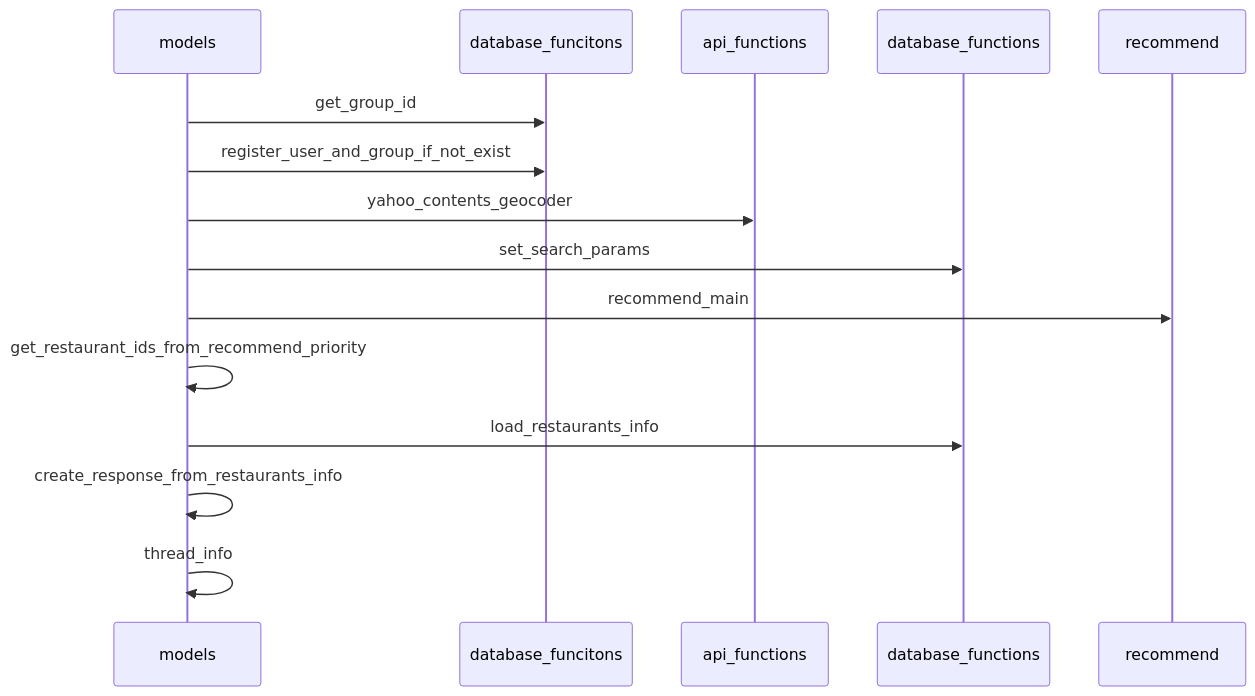
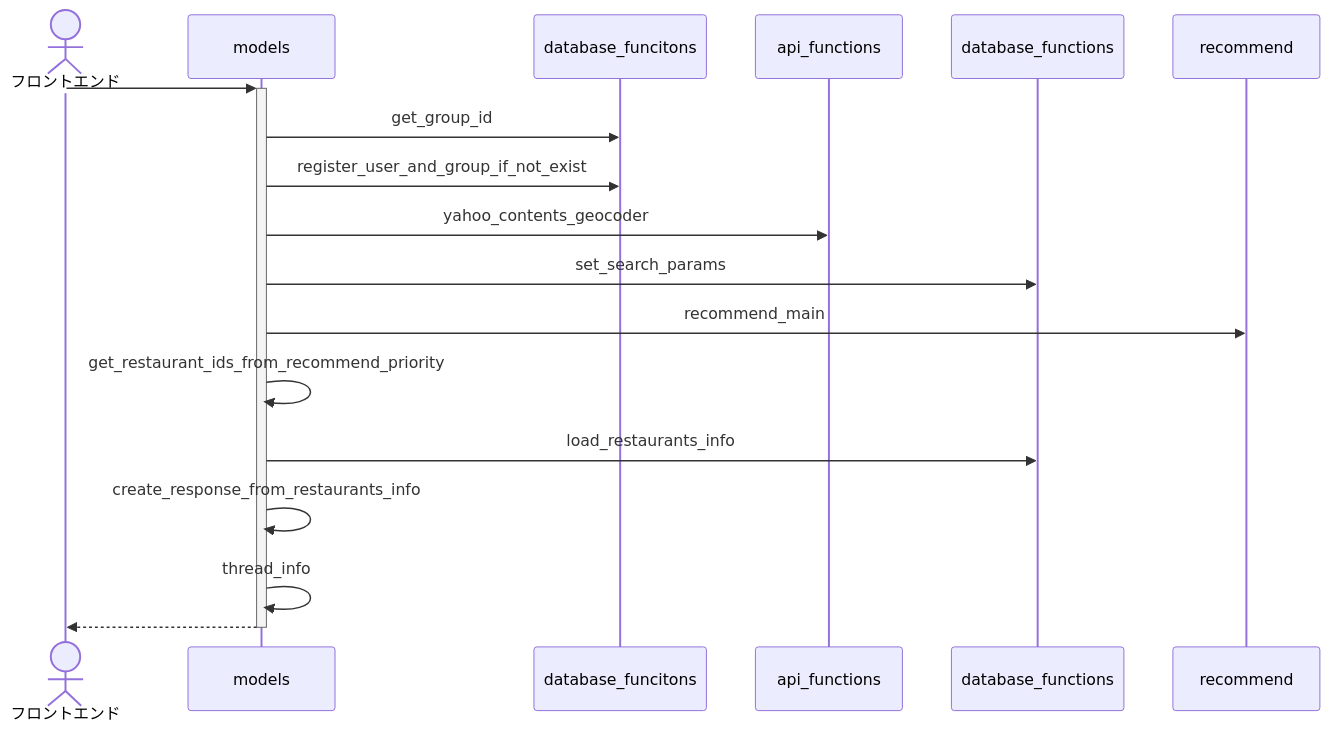
One commit to seal-git/22zemi changed the third of 8 diagrams in python-flask/SequenceDiagram.md. Above: the diagram before and after it, drawn with Mermaid. The commit also changed other lines of this file, not shown here.

Commit message:
SequenceDiagram

````diff
--- a/python-flask/SequenceDiagram.md
+++ b/python-flask/SequenceDiagram.md
@@ -19,12 +27,16 @@
 ```mermaid
 sequenceDiagram
-  models ->> database_funcitons : get_group_id
-  models ->> database_funcitons : register_user_and_group_if_not_exist
-  models ->> api_functions : yahoo_contents_geocoder
-  models ->> database_functions : set_search_params
-  models ->> recommend : recommend_main
-  models ->> models : get_restaurant_ids_from_recommend_priority
-  models ->> database_functions : load_restaurants_info
-  models ->> models : create_response_from_restaurants_info
-  models ->> models : thread_info
+    actor フロントエンド
+    
+    フロントエンド ->>+ models : 
+    models ->> database_funcitons : get_group_id
+    models ->> database_funcitons : register_user_and_group_if_not_exist
+    models ->> api_functions : yahoo_contents_geocoder
+    models ->> database_functions : set_search_params
+    models ->> recommend : recommend_main
+    models ->> models : get_restaurant_ids_from_recommend_priority
+    models ->> database_functions : load_restaurants_info
+    models ->> models : create_response_from_restaurants_info
+    models ->> models : thread_info
+    models -->>- フロントエンド : 
 ```
````
